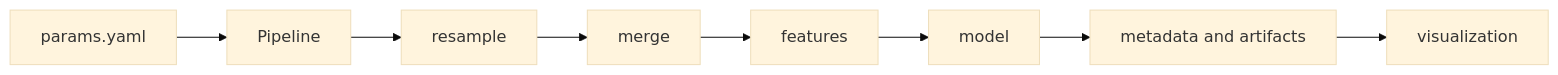
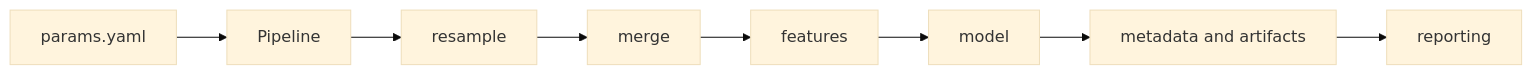
The first of 4 diagrams in docs/library/architecture.md (corybaird/stats-transformer), drawn with Mermaid (base theme) before and after one commit. The commit also changed other lines of this file and 9 other files, not shown here.

````diff
--- a/docs/library/architecture.md
+++ b/docs/library/architecture.md
@@ -11,10 +11,10 @@
 ```mermaid
 flowchart LR
     A[params.yaml] --> B[Pipeline]
     B --> C[resample]
     C --> D[merge]
     D --> E[features]
     E --> F[model]
     F --> G[metadata and artifacts]
-    G --> H[visualization]
+    G --> H[reporting]
 ```
````
